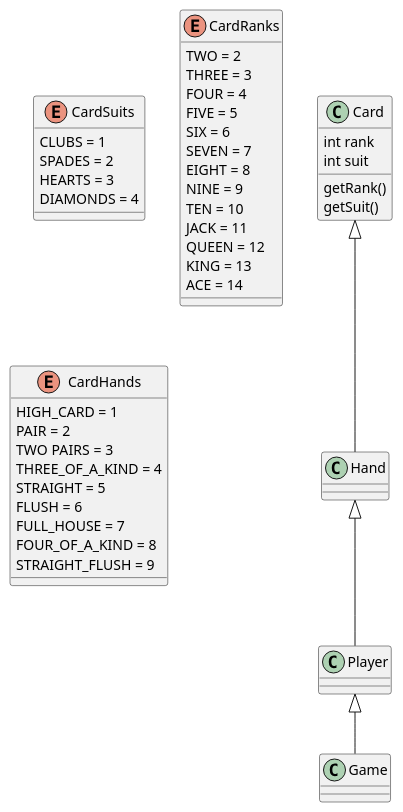
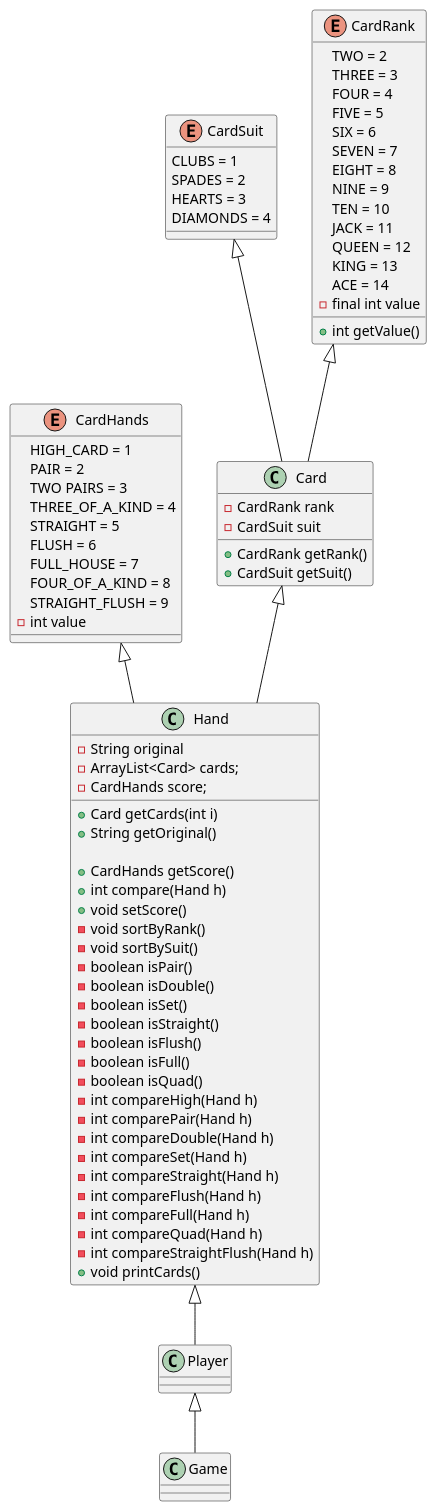
The diagram in poker_classUML.puml (bebosudo/it.units.muli.poker), drawn with PlantUML before and after one commit. The commit also changed 1 other file, not shown here.

Commit message:
Updating the class diagram with new classes.

```diff
--- a/poker_classUML.puml
+++ b/poker_classUML.puml
@@ -1,61 +1,97 @@
 @startuml
 
 class Card {
-int rank
-int suit
-getRank()
-getSuit()
+- CardRank rank
+- CardSuit suit
++ CardRank getRank()
++ CardSuit getSuit()
 }
 
 class Hand {
+- String original
+- ArrayList<Card> cards;
+- CardHands score;
+
++ Card getCards(int i)
++ String getOriginal()
+
++ CardHands getScore()
++ int compare(Hand h)
++ void setScore()
+- void sortByRank()
+- void sortBySuit()
+- boolean isPair()
+- boolean isDouble()
+- boolean isSet()
+- boolean isStraight()
+- boolean isFlush()
+- boolean isFull()
+- boolean isQuad()
+- int compareHigh(Hand h)
+- int comparePair(Hand h)
+- int compareDouble(Hand h)
+- int compareSet(Hand h)
+- int compareStraight(Hand h)
+- int compareFlush(Hand h)
+- int compareFull(Hand h)
+- int compareQuad(Hand h)
+- int compareStraightFlush(Hand h)
++ void printCards()
 
 }
 
 class Player {
 
 }
 
 class Game {
 
 }
 
 Hand <|-- Player
 Card <|-- Hand
+CardSuit <|-- Card
+CardRank <|-- Card
+CardHands <|-- Hand
+
 Player <|-- Game
 
-enum CardSuits {
+enum CardSuit {
 CLUBS = 1
 SPADES = 2
 HEARTS = 3
 DIAMONDS = 4
 }
 
-enum CardRanks {
+enum CardRank {
 TWO = 2
 THREE = 3
 FOUR = 4
 FIVE = 5
 SIX = 6
 SEVEN = 7
 EIGHT = 8
 NINE = 9
 TEN = 10
 JACK = 11
 QUEEN = 12
 KING = 13
 ACE = 14
+- final int value
++ int getValue()
 }
 
 enum CardHands {
 HIGH_CARD = 1
 PAIR = 2
 TWO PAIRS = 3
 THREE_OF_A_KIND = 4
 STRAIGHT = 5
 FLUSH = 6
 FULL_HOUSE = 7
 FOUR_OF_A_KIND = 8
 STRAIGHT_FLUSH = 9
+- int value
 }
 
 @enduml
```
